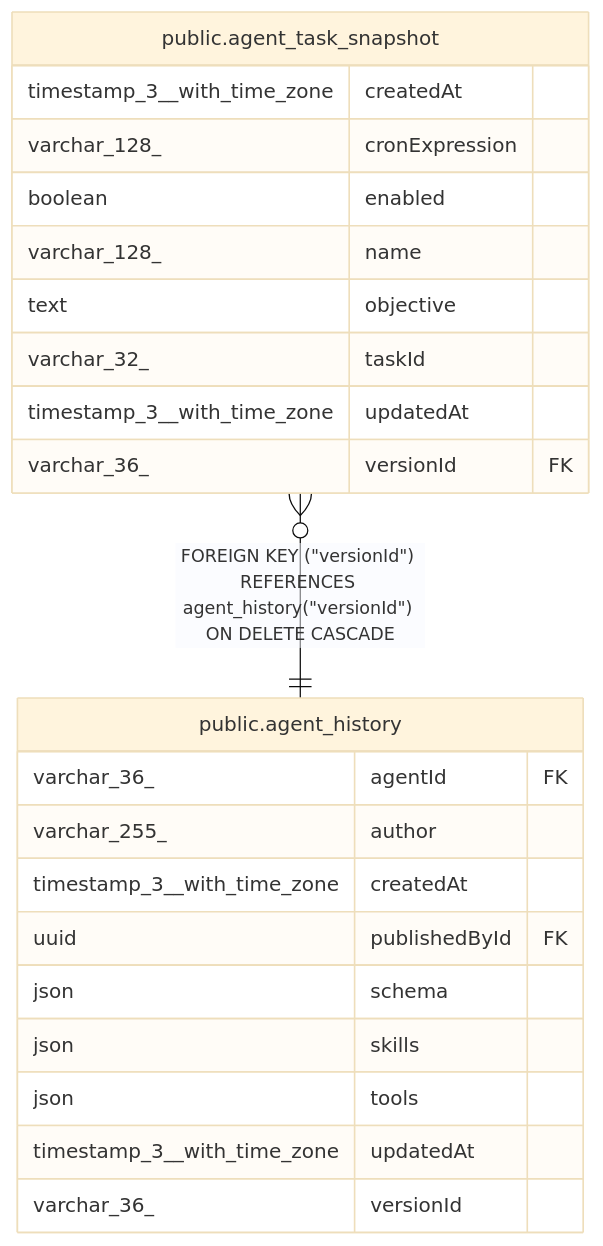
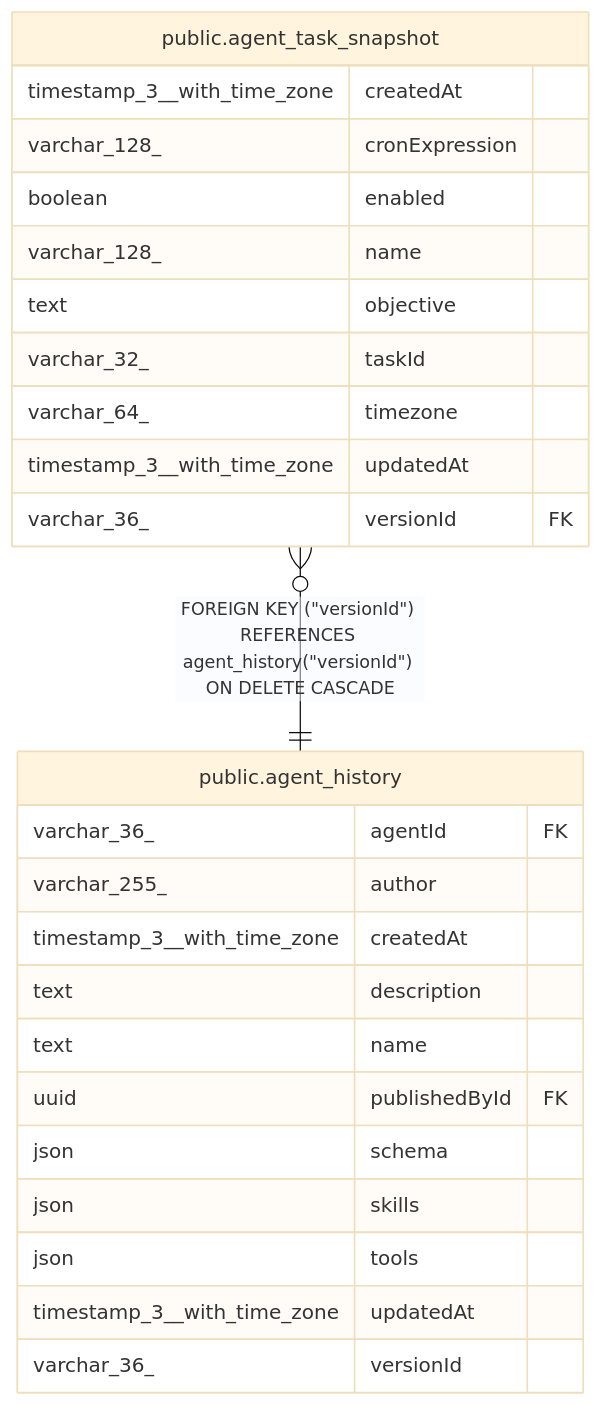
The diagram in n8n_integration/n8n_source/docs/generated/postgres-schema/public.agent_task_snapshot.md (koreatest12/studys), drawn with Mermaid (base theme) before and after one commit. The commit also changed other lines of this file and 23019 other files, not shown here.

````diff
--- a/n8n_integration/n8n_source/docs/generated/postgres-schema/public.agent_task_snapshot.md
+++ b/n8n_integration/n8n_source/docs/generated/postgres-schema/public.agent_task_snapshot.md
@@ -39,27 +40,30 @@
 ```mermaid
 erDiagram
 
 "public.agent_task_snapshot" }o--|| "public.agent_history" : "FOREIGN KEY (#quot;versionId#quot;) REFERENCES agent_history(#quot;versionId#quot;) ON DELETE CASCADE"
 
 "public.agent_task_snapshot" {
   timestamp_3__with_time_zone createdAt
   varchar_128_ cronExpression
   boolean enabled
   varchar_128_ name
   text objective
   varchar_32_ taskId
+  varchar_64_ timezone
   timestamp_3__with_time_zone updatedAt
   varchar_36_ versionId FK
 }
 "public.agent_history" {
   varchar_36_ agentId FK
   varchar_255_ author
   timestamp_3__with_time_zone createdAt
+  text description
+  text name
   uuid publishedById FK
   json schema
   json skills
   json tools
   timestamp_3__with_time_zone updatedAt
   varchar_36_ versionId
 }
 ```
````
